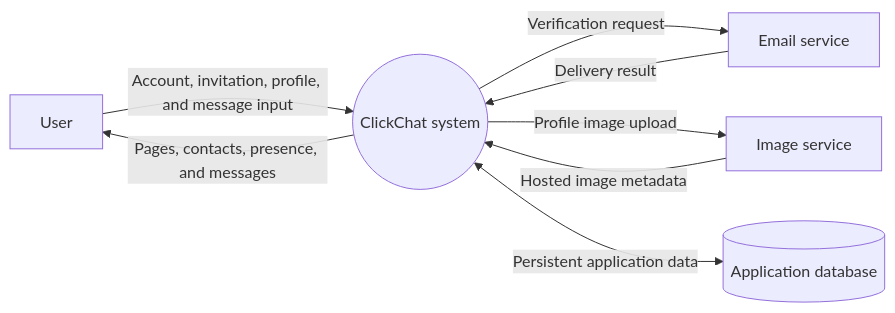
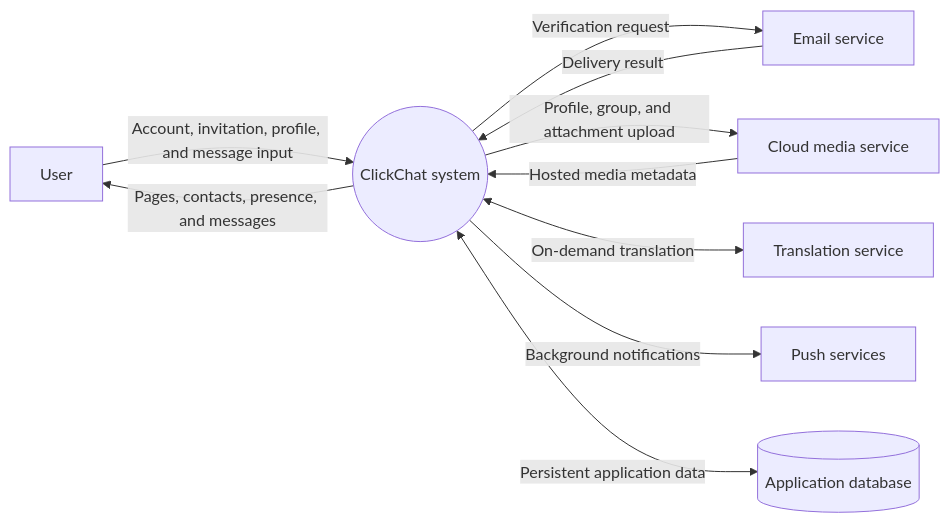
Before and after one commit to Saurav11343/click-chat: the fourth of 26 diagrams in docs/10-diagram-catalog.md, drawn with Mermaid. The commit also changed other lines of this file and 11 other files, not shown here.

Commit message:
update diagrams

````diff
--- a/docs/10-diagram-catalog.md
+++ b/docs/10-diagram-catalog.md
@@ -109,16 +134,20 @@
 ```mermaid
 flowchart LR
     User["User"]
     System(("ClickChat system"))
     Email["Email service"]
-    Image["Image service"]
+    Media["Cloud media service"]
+    Translation["Translation service"]
+    Push["Push services"]
     Data[("Application database")]
 
     User -->|"Account, invitation, profile, and message input"| System
     System -->|"Pages, contacts, presence, and messages"| User
     System -->|"Verification request"| Email
     Email -->|"Delivery result"| System
-    System -->|"Profile image upload"| Image
-    Image -->|"Hosted image metadata"| System
+    System -->|"Profile, group, and attachment upload"| Media
+    Media -->|"Hosted media metadata"| System
+    System <-->|"On-demand translation"| Translation
+    System -->|"Background notifications"| Push
     System <-->|"Persistent application data"| Data
 ```
````
